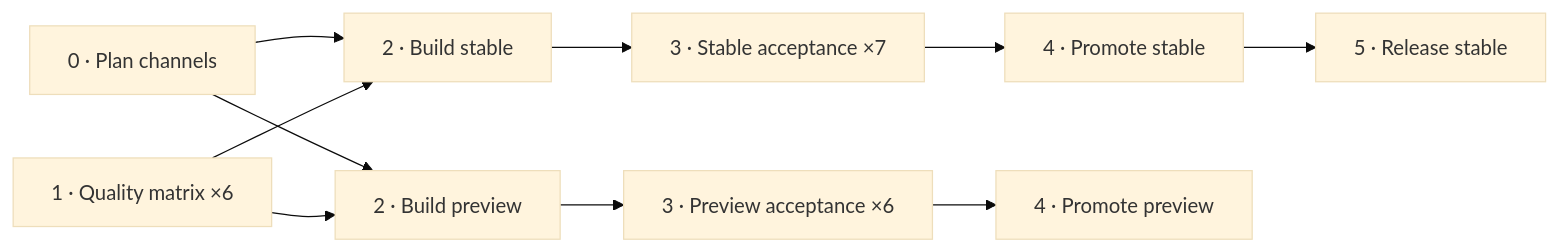
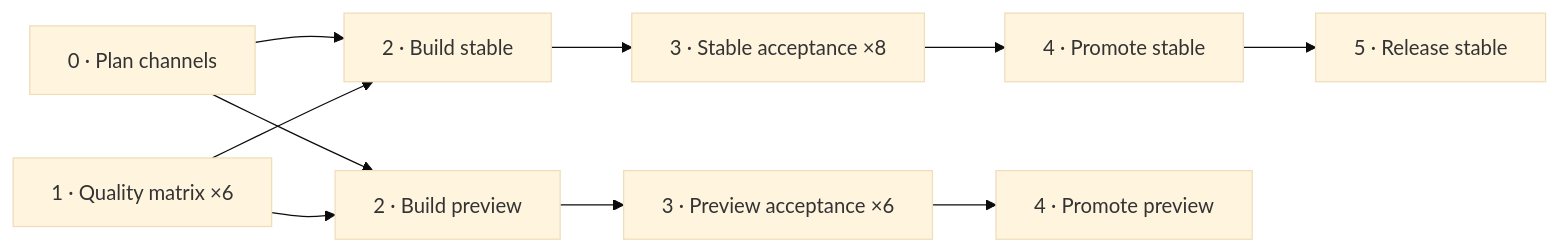
One commit to WasinUddy/Montainer changed the second of 2 diagrams in README.md. Above: the diagram before and after it, drawn with Mermaid (base theme). The commit also changed other lines of this file and 14 other files, not shown here.

````diff
--- a/README.md
+++ b/README.md
@@ -312,12 +394,12 @@
 ```mermaid
 flowchart LR
     P["0 · Plan channels"] --> SB["2 · Build stable"]
     P --> PB["2 · Build preview"]
     Q["1 · Quality matrix ×6"] --> SB
     Q --> PB
-    SB --> SA["3 · Stable acceptance ×7"]
+    SB --> SA["3 · Stable acceptance ×8"]
     PB --> PA["3 · Preview acceptance ×6"]
     SA --> SP["4 · Promote stable"]
     PA --> PP["4 · Promote preview"]
     SP --> R["5 · Release stable"]
 ```
````
